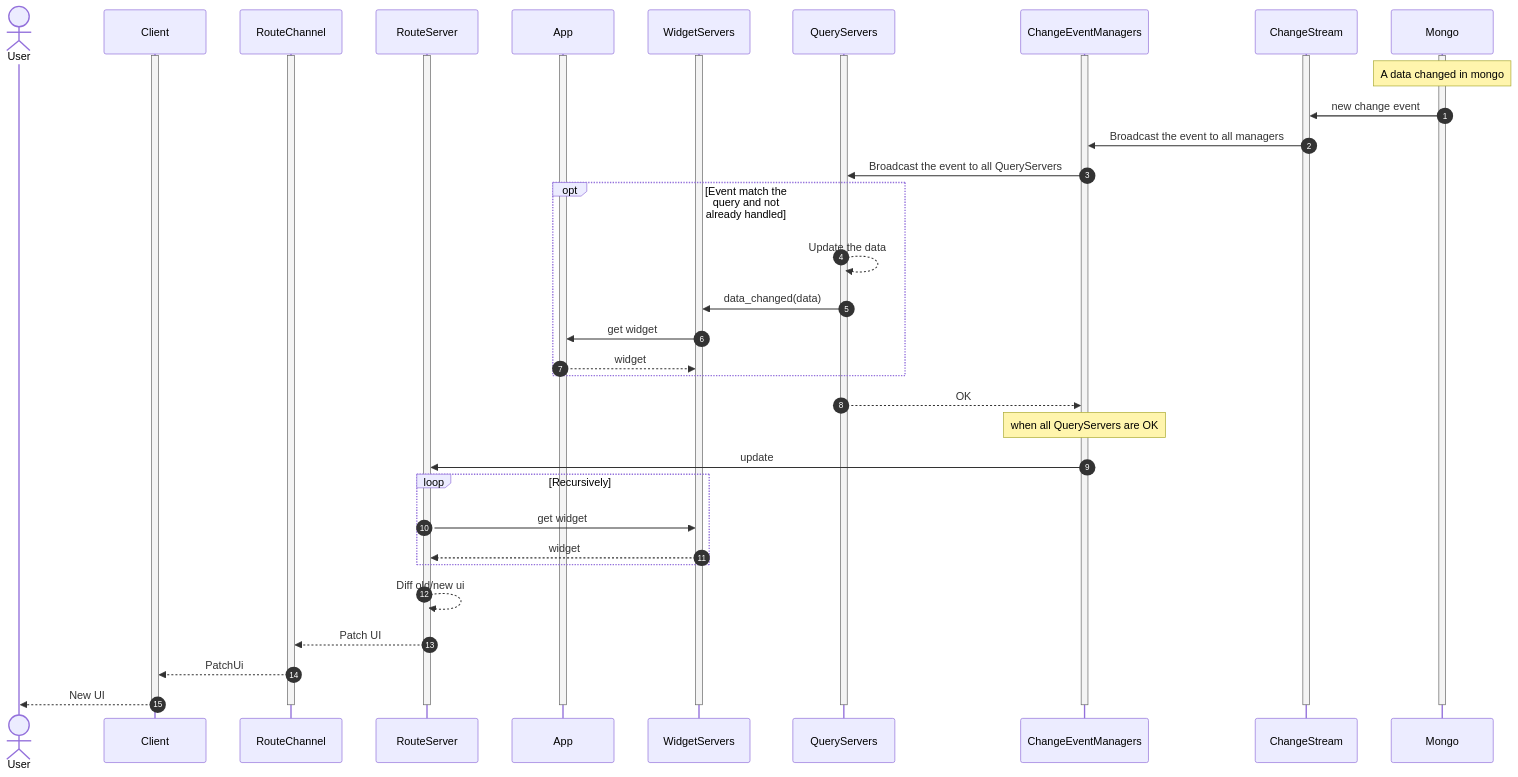
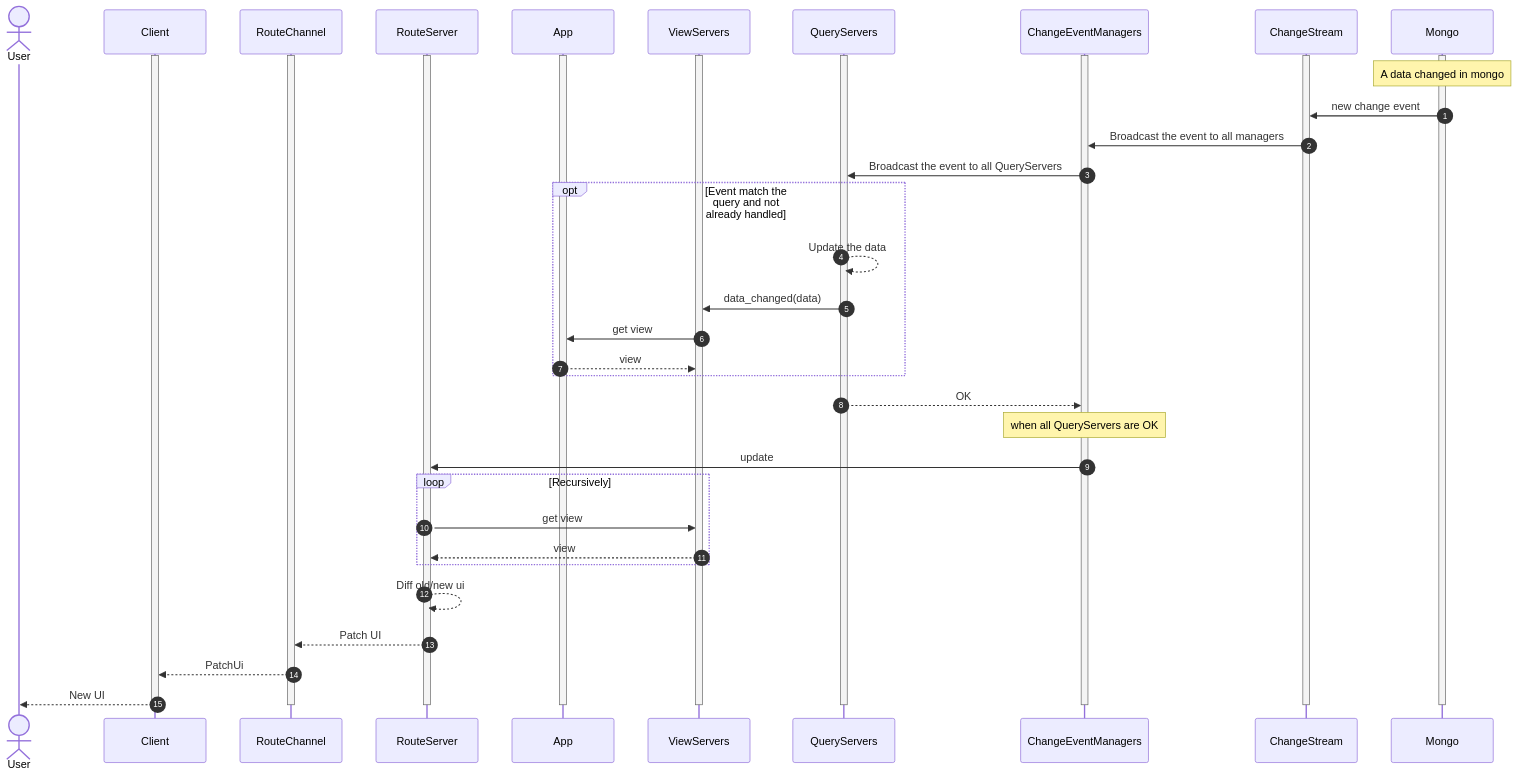
One commit to lenra-io/application-runner changed the fourth of 4 diagrams in docs/AppRunnerExplained.md. Above: the diagram before and after it, drawn with Mermaid. The commit also changed other lines of this file and 20 other files, not shown here.

Commit message:
feat!: widget to view

````diff
--- a/docs/AppRunnerExplained.md
+++ b/docs/AppRunnerExplained.md
@@ -175,56 +175,56 @@
 ```mermaid
 sequenceDiagram
     autonumber
     actor User
     participant Client
     participant RouteChannel
     participant RouteServer
     participant App
-    participant WidgetServers
+    participant ViewServers
     participant QueryServers
     participant ChangeEventManagers
     participant ChangeStream
     participant Mongo
 
     activate Client
     activate Mongo
     activate ChangeStream
     activate ChangeEventManagers
     activate QueryServers
-    activate WidgetServers
+    activate ViewServers
     activate RouteServer
     activate RouteChannel
     activate App
 
     Note over Mongo: A data changed in mongo
     Mongo->>ChangeStream: new change event
     ChangeStream->>ChangeEventManagers: Broadcast the event to all managers
     ChangeEventManagers->>QueryServers: Broadcast the event to all QueryServers
     opt Event match the query and not already handled
         QueryServers-->>QueryServers: Update the data
-        QueryServers->>WidgetServers: data_changed(data)
-        WidgetServers->>App: get widget
-        App-->>WidgetServers: widget
+        QueryServers->>ViewServers: data_changed(data)
+        ViewServers->>App: get view
+        App-->>ViewServers: view
     end
     QueryServers-->>ChangeEventManagers: OK
     Note over ChangeEventManagers: when all QueryServers are OK
     ChangeEventManagers->>RouteServer: update
     loop Recursively
-        RouteServer->>WidgetServers: get widget
-        WidgetServers-->>RouteServer: widget
+        RouteServer->>ViewServers: get view
+        ViewServers-->>RouteServer: view
     end
     RouteServer-->>RouteServer: Diff old/new ui
     RouteServer-->>RouteChannel: Patch UI
     RouteChannel-->>Client: PatchUi
     Client-->>User: New UI
 
     deactivate Client
     deactivate Mongo
     deactivate ChangeStream
     deactivate ChangeEventManagers
     deactivate QueryServers
-    deactivate WidgetServers
+    deactivate ViewServers
     deactivate RouteServer
     deactivate RouteChannel
     deactivate App
 ```
````
